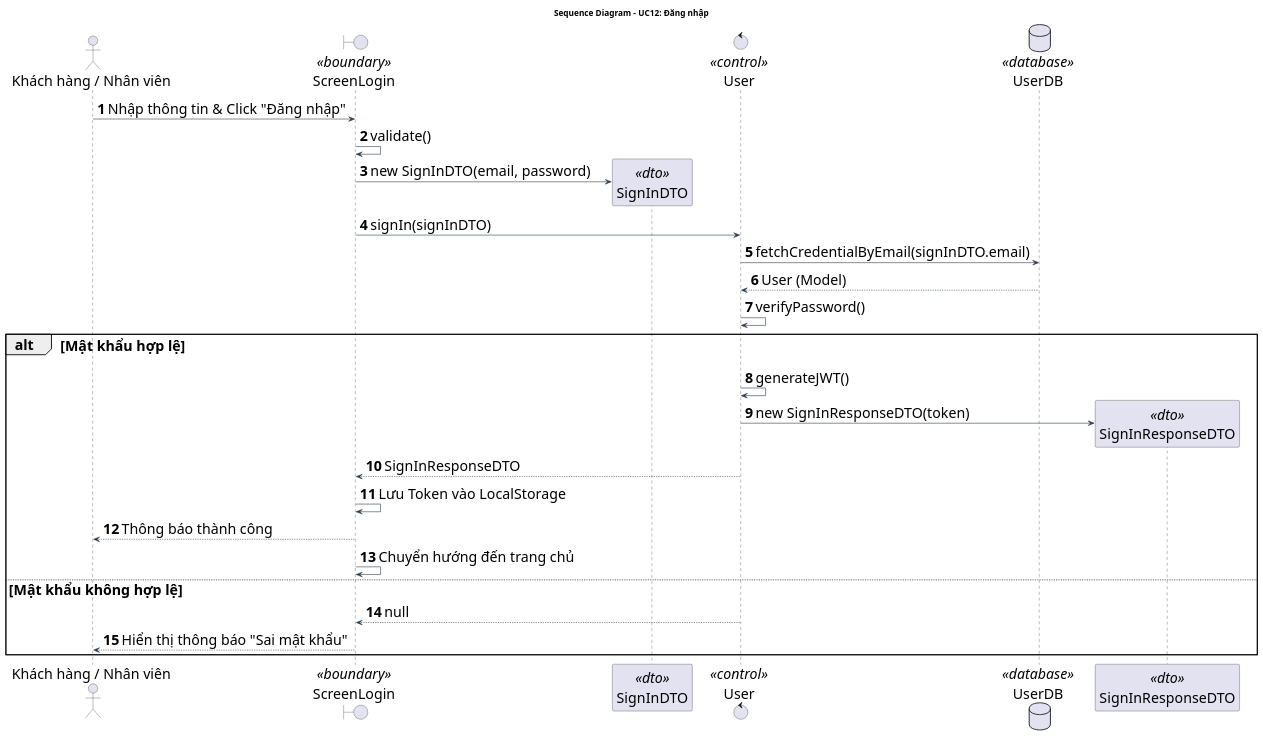
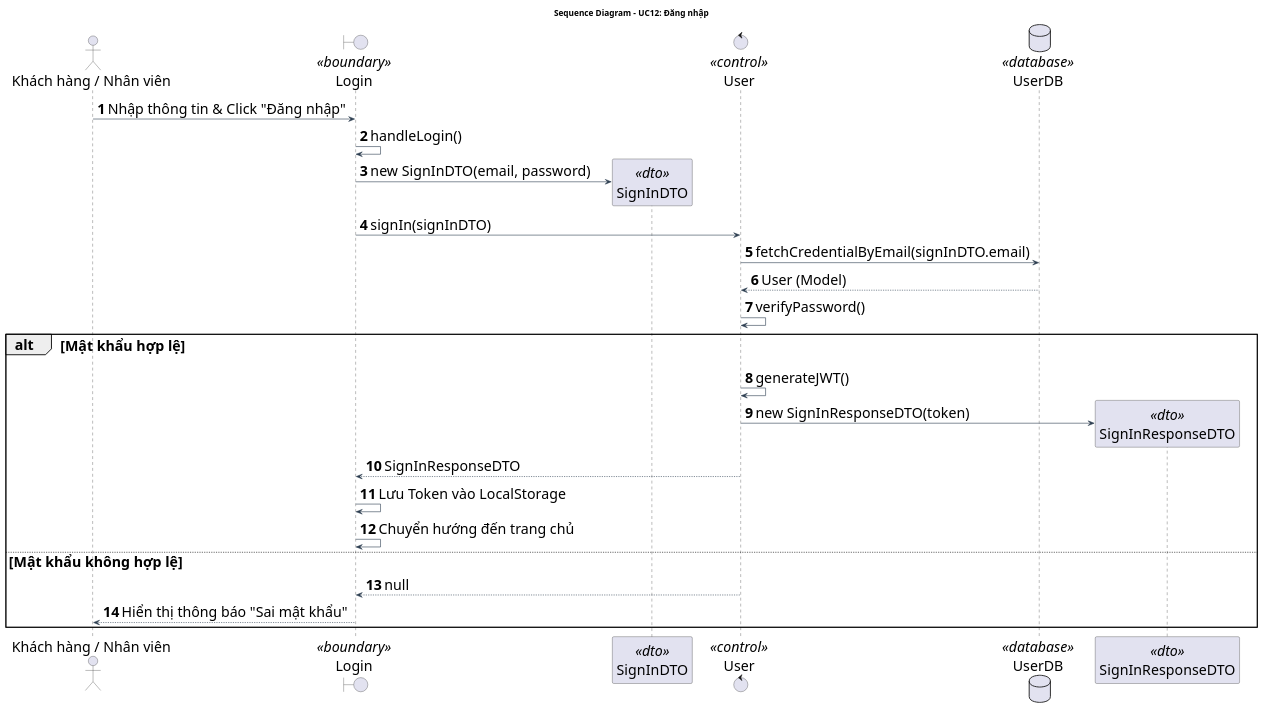
Before and after one commit to Gnourt812005/HCMUS-Analyze-and-desgin-IS: the diagram in doc/system/dang_nhap/DangNhap_SequenceDiagram.wsd, drawn with PlantUML. The commit also changed other lines of this file and 19 other files, not shown here.

Commit message:
trong: update class and sequence usecase

```diff
--- a/doc/system/dang_nhap/DangNhap_SequenceDiagram.wsd
+++ b/doc/system/dang_nhap/DangNhap_SequenceDiagram.wsd
@@ -1,43 +1,42 @@
 @startuml DangNhap_SequenceDiagram
 title Sequence Diagram - UC12: Đăng nhập
 
 ' --- STYLE CONFIGURATION ---
 skinparam {
     BackgroundColor White
     ArrowColor #2D3E50
     DefaultFontName "Arial"
     DefaultFontSize 24
     ParticipantPadding 20
     BoxPadding 10
 }
 
 actor "Khách hàng / Nhân viên" as Actor
-boundary "ScreenLogin" as GUI <<boundary>>
+boundary "Login" as GUI <<boundary>>
 participant "SignInDTO" as DTO <<dto>>
 control "User" as BUS <<control>>
 database "UserDB" as DB <<database>>
 participant "SignInResponseDTO" as RES <<dto>>
 
 autonumber
 
 Actor -> GUI: Nhập thông tin & Click "Đăng nhập"
-GUI -> GUI: validate()
+GUI -> GUI: handleLogin()
 GUI -> DTO **: new SignInDTO(email, password)
 GUI -> BUS: signIn(signInDTO)
 BUS -> DB: fetchCredentialByEmail(signInDTO.email)
 DB --> BUS: User (Model)
 BUS -> BUS: verifyPassword()
 alt Mật khẩu hợp lệ
     BUS -> BUS: generateJWT()
     BUS -> RES **: new SignInResponseDTO(token)
     BUS --> GUI: SignInResponseDTO
     GUI -> GUI: Lưu Token vào LocalStorage
-    GUI --> Actor: Thông báo thành công
     GUI -> GUI: Chuyển hướng đến trang chủ
 else Mật khẩu không hợp lệ
     BUS --> GUI: null
     GUI --> Actor: Hiển thị thông báo "Sai mật khẩu"
 end
 deactivate GUI
 
 @enduml
```
